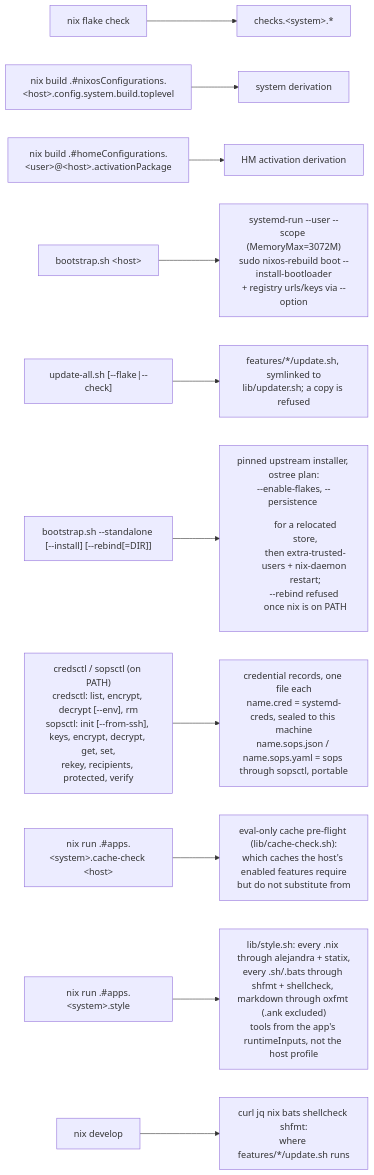
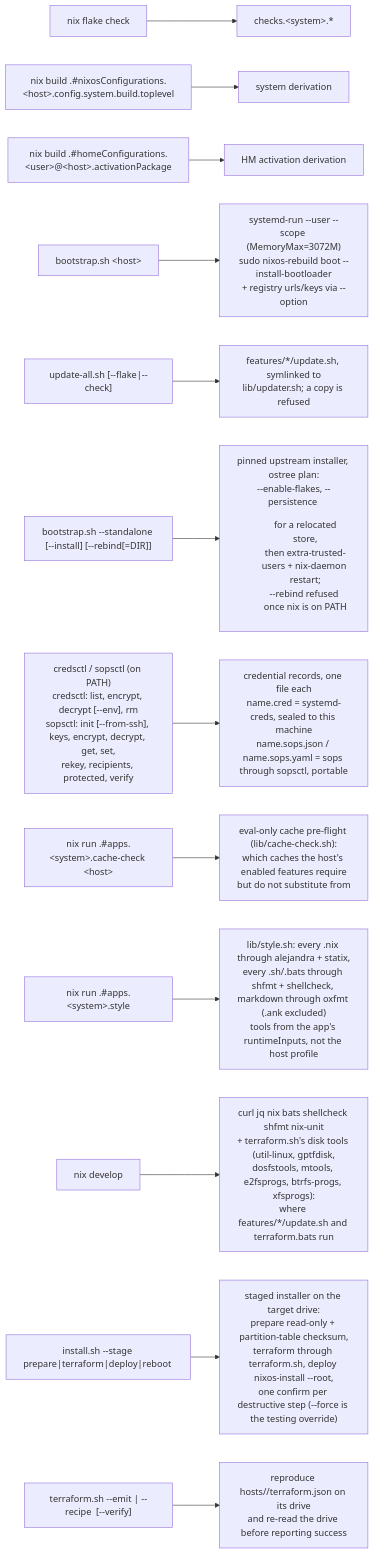
Before and after one commit to WombatFromHell/automatic-palm-tree: the seventh of 7 diagrams in DESIGN.md, drawn with Mermaid. The commit also changed other lines of this file and 9 other files, not shown here.

First line of the commit message:
terraform.sh settles the ESP before placing anything, and methyl's mounts come from its recipe

````diff
--- a/DESIGN.md
+++ b/DESIGN.md
@@ -356,13 +387,15 @@
 ```mermaid
 flowchart LR
   E["nix flake check"] --> CK["checks.&lt;system&gt;.*"]
   E2["nix build .#nixosConfigurations.&lt;host&gt;.config.system.build.toplevel"] --> NC["system derivation"]
   E3["nix build .#homeConfigurations.&lt;user&gt;@&lt;host&gt;.activationPackage"] --> HC["HM activation derivation"]
   E4["bootstrap.sh &lt;host&gt;"] --> RB["systemd-run --user --scope (MemoryMax=3072M)<br/>sudo nixos-rebuild boot --install-bootloader<br/>+ registry urls/keys via --option"]
   E5["update-all.sh [--flake|--check]"] --> UP["features/*/update.sh, symlinked to<br/>lib/updater.sh; a copy is refused"]
   E6["bootstrap.sh --standalone [--install] [--rebind[=DIR]]"] --> IN["pinned upstream installer, ostree plan:<br/>--enable-flakes, --persistence <dir> for a relocated store,<br/>then extra-trusted-users + nix-daemon restart;<br/>--rebind refused once nix is on PATH"]
   E7["credsctl / sopsctl (on PATH)<br/>credsctl: list, encrypt, decrypt [--env], rm<br/>sopsctl: init [--from-ssh], keys, encrypt, decrypt, get, set,<br/>rekey, recipients, protected, verify"] --> CR["credential records, one file each<br/>name.cred = systemd-creds, sealed to this machine<br/>name.sops.json / name.sops.yaml = sops through sopsctl, portable"]
   E8["nix run .#apps.&lt;system&gt;.cache-check &lt;host&gt;"] --> CF["eval-only cache pre-flight (lib/cache-check.sh):<br/>which caches the host's enabled features require<br/>but do not substitute from"]
   E9["nix run .#apps.&lt;system&gt;.style"] --> ST["lib/style.sh: every .nix through alejandra + statix,<br/>every .sh/.bats through shfmt + shellcheck, markdown through oxfmt (.ank excluded)<br/>tools from the app's runtimeInputs, not the host profile"]
-  E10["nix develop"] --> DEV["curl jq nix bats shellcheck shfmt:<br/>where features/*/update.sh runs"]
+  E10["nix develop"] --> DEV["curl jq nix bats shellcheck shfmt nix-unit<br/>+ terraform.sh's disk tools (util-linux, gptfdisk,<br/>dosfstools, mtools, e2fsprogs, btrfs-progs, xfsprogs):<br/>where features/*/update.sh and terraform.bats run"]
+  E11["install.sh --stage prepare|terraform|deploy|reboot <host>"] --> INS["staged installer on the target drive:<br/>prepare read-only + partition-table checksum,<br/>terraform through terraform.sh, deploy nixos-install --root,<br/>one confirm per destructive step (--force is the testing override)"]
+  E12["terraform.sh --emit | --recipe <file> [--verify]"] --> DRV["reproduce hosts/<host>/terraform.json on its drive<br/>and re-read the drive before reporting success"]
 ```
````
